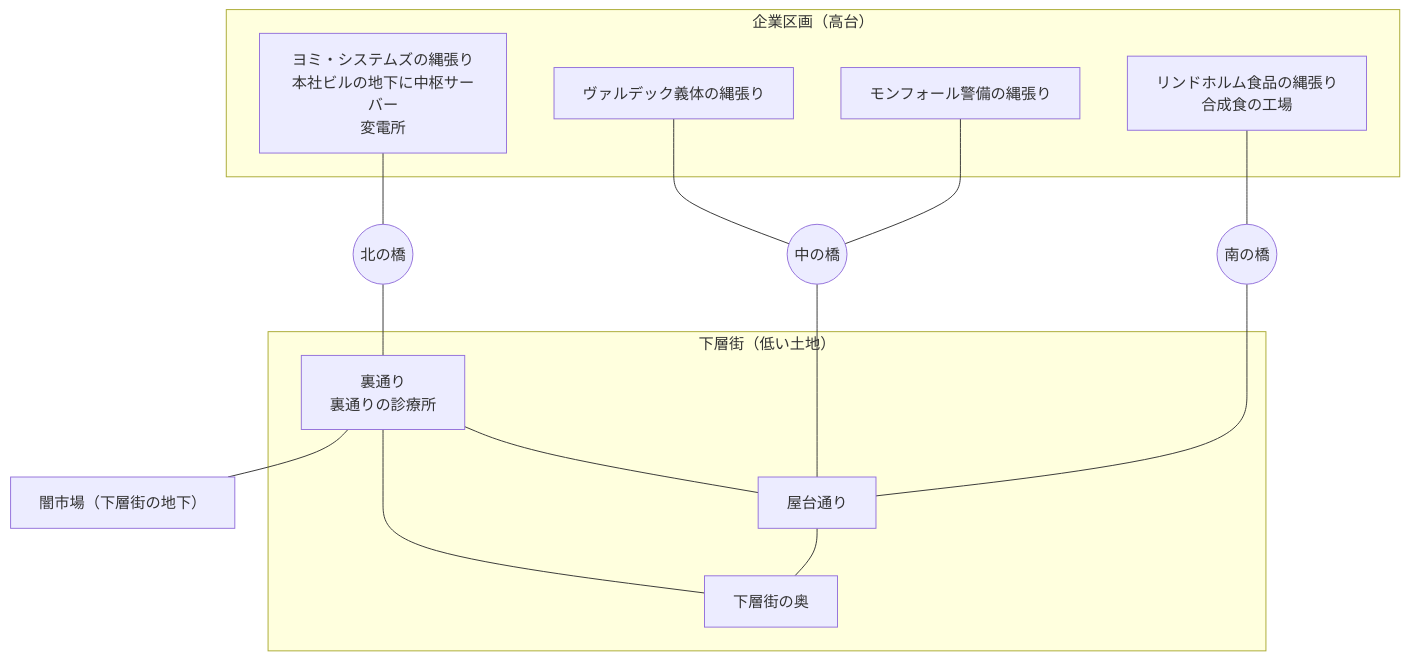
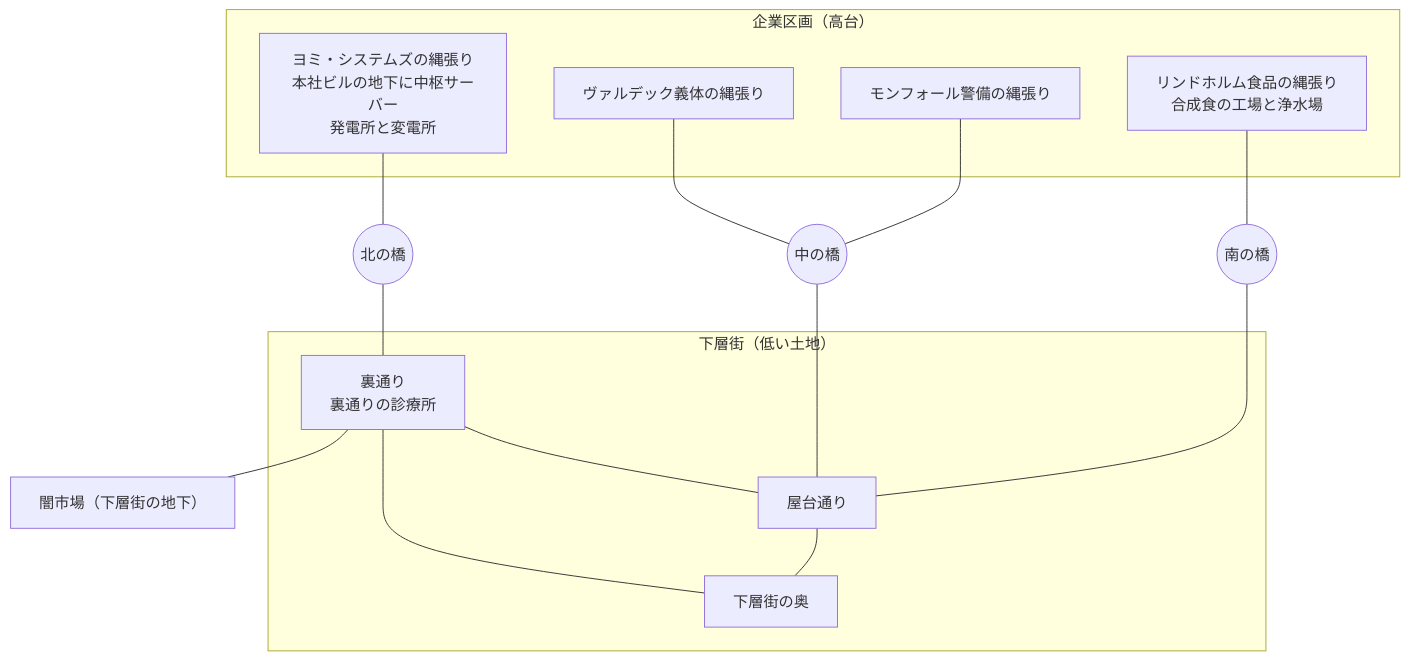
The diagram in docs/20-domain/dom-15-city-places-and-powers.md (setopic/neon-chronicle), drawn with Mermaid before and after one commit. The commit also changed other lines of this file and 8 other files, not shown here.

````diff
--- a/docs/20-domain/dom-15-city-places-and-powers.md
+++ b/docs/20-domain/dom-15-city-places-and-powers.md
@@ -53,24 +53,24 @@
 ```mermaid
 flowchart TB
   subgraph corp["企業区画（高台）"]
-    yomi["ヨミ・システムズの縄張り<br>本社ビルの地下に中枢サーバー<br>変電所"]
+    yomi["ヨミ・システムズの縄張り<br>本社ビルの地下に中枢サーバー<br>発電所と変電所"]
     waldeck["ヴァルデック義体の縄張り"]
     montfort["モンフォール警備の縄張り"]
-    lindholm["リンドホルム食品の縄張り<br>合成食の工場"]
+    lindholm["リンドホルム食品の縄張り<br>合成食の工場と浄水場"]
   end
   subgraph lower["下層街（低い土地）"]
     back["裏通り<br>裏通りの診療所"]
     stalls["屋台通り"]
     deep["下層街の奥"]
   end
   market["闇市場（下層街の地下）"]
   yomi --- north(("北の橋")) --- back
   waldeck --- middle(("中の橋"))
   montfort --- middle
   middle --- stalls
   lindholm --- south(("南の橋")) --- stalls
   back --- stalls
   back --- deep
   stalls --- deep
   back --- market
 ```
````
